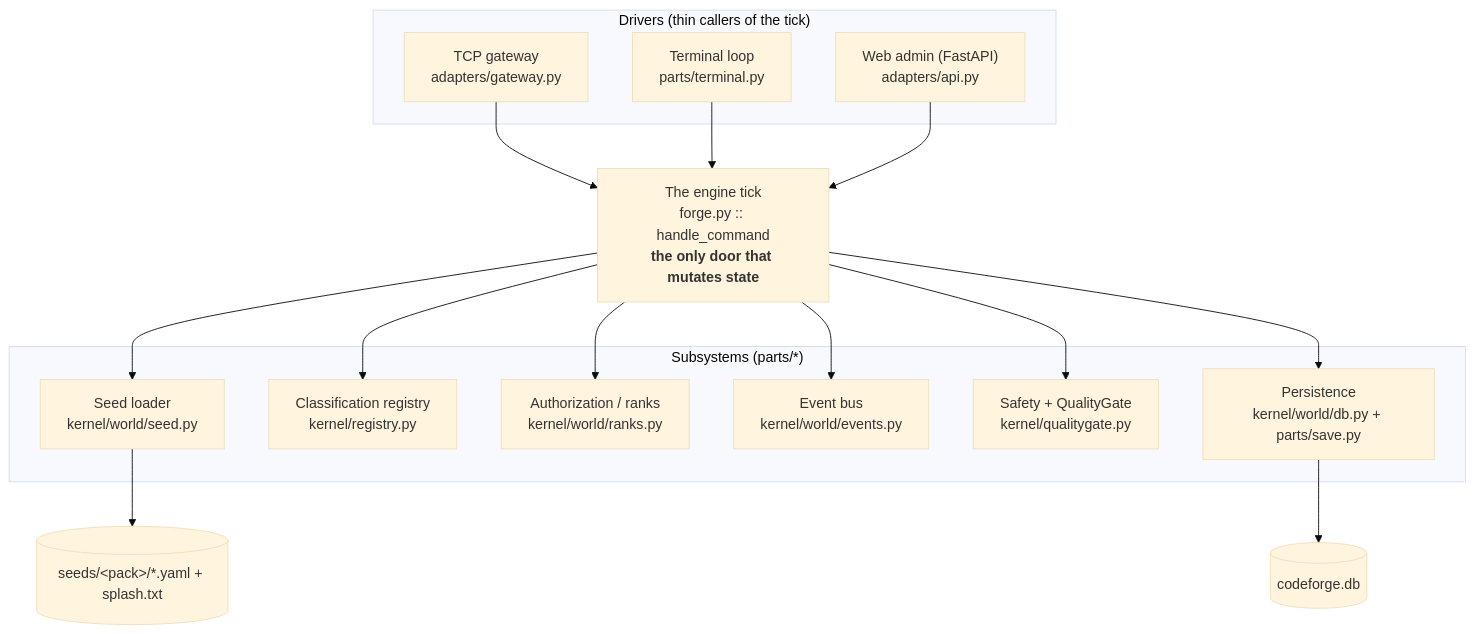
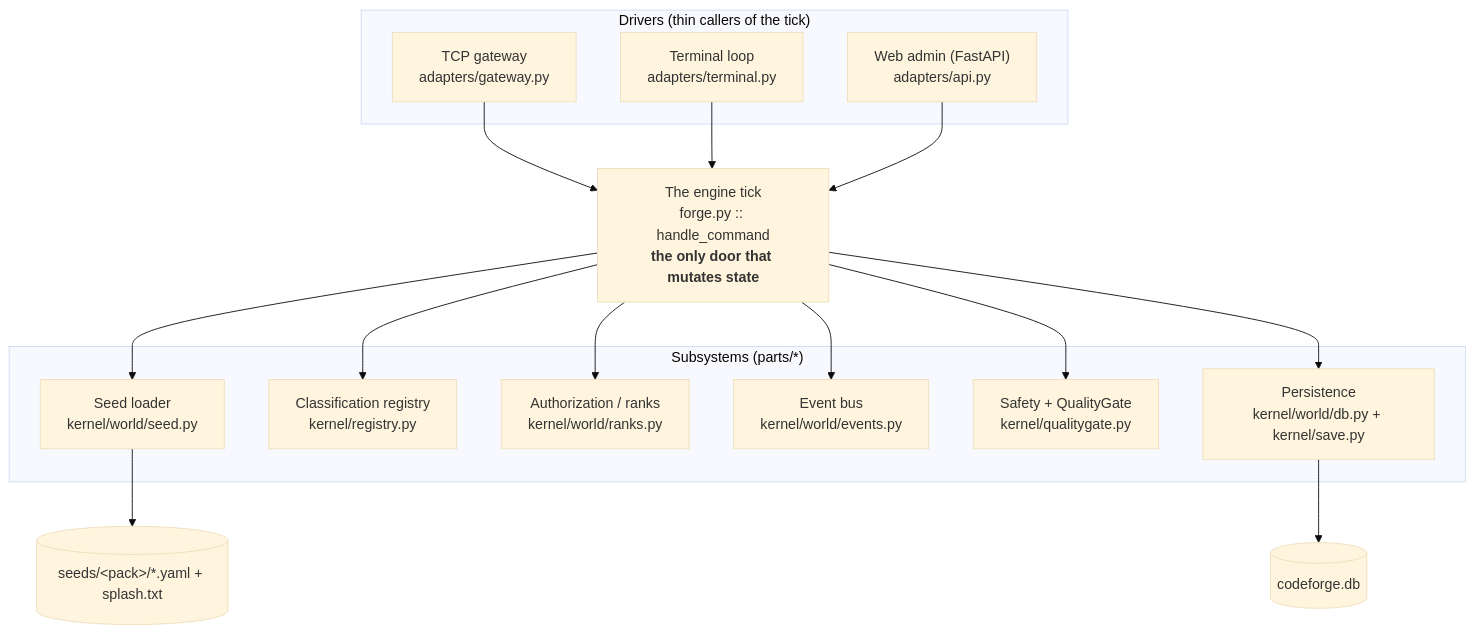
The second of 2 diagrams in docs/architecture_c4.md (MatrymLabs/codeforge), drawn with Mermaid (base theme) before and after one commit. The commit also changed other lines of this file and 333 other files, not shown here.

````diff
--- a/docs/architecture_c4.md
+++ b/docs/architecture_c4.md
@@ -39,34 +39,34 @@
 ```mermaid
 flowchart TB
     subgraph drivers["Drivers (thin callers of the tick)"]
         tcp["TCP gateway<br/>adapters/gateway.py"]
-        term["Terminal loop<br/>parts/terminal.py"]
+        term["Terminal loop<br/>adapters/terminal.py"]
         web["Web admin (FastAPI)<br/>adapters/api.py"]
     end
 
     tick["The engine tick<br/>forge.py :: handle_command<br/><b>the only door that mutates state</b>"]
 
     subgraph subsystems["Subsystems (parts/*)"]
         seedloader["Seed loader<br/>kernel/world/seed.py"]
         registry["Classification registry<br/>kernel/registry.py"]
         ranks["Authorization / ranks<br/>kernel/world/ranks.py"]
         events["Event bus<br/>kernel/world/events.py"]
         quality["Safety + QualityGate<br/>kernel/qualitygate.py"]
-        persistence["Persistence<br/>kernel/world/db.py + parts/save.py"]
+        persistence["Persistence<br/>kernel/world/db.py + kernel/save.py"]
     end
 
     seedsdata[("seeds/&lt;pack&gt;/*.yaml + splash.txt")]
     dbfile[("codeforge.db")]
 
     tcp --> tick
     term --> tick
     web --> tick
     tick --> ranks
     tick --> registry
     tick --> events
     tick --> quality
     tick --> seedloader
     seedloader --> seedsdata
     tick --> persistence
     persistence --> dbfile
 ```
````
